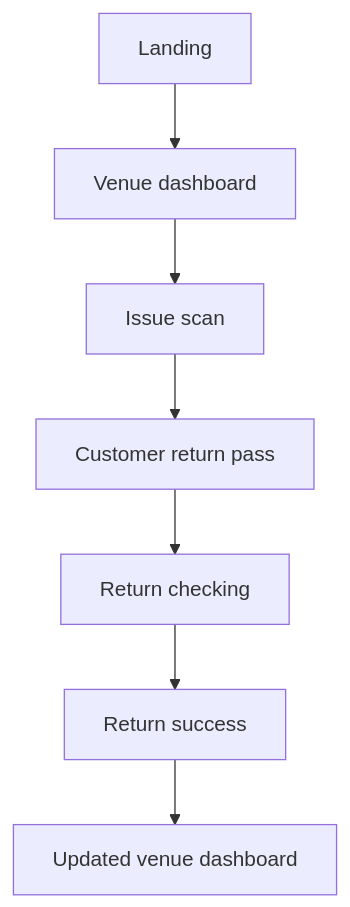
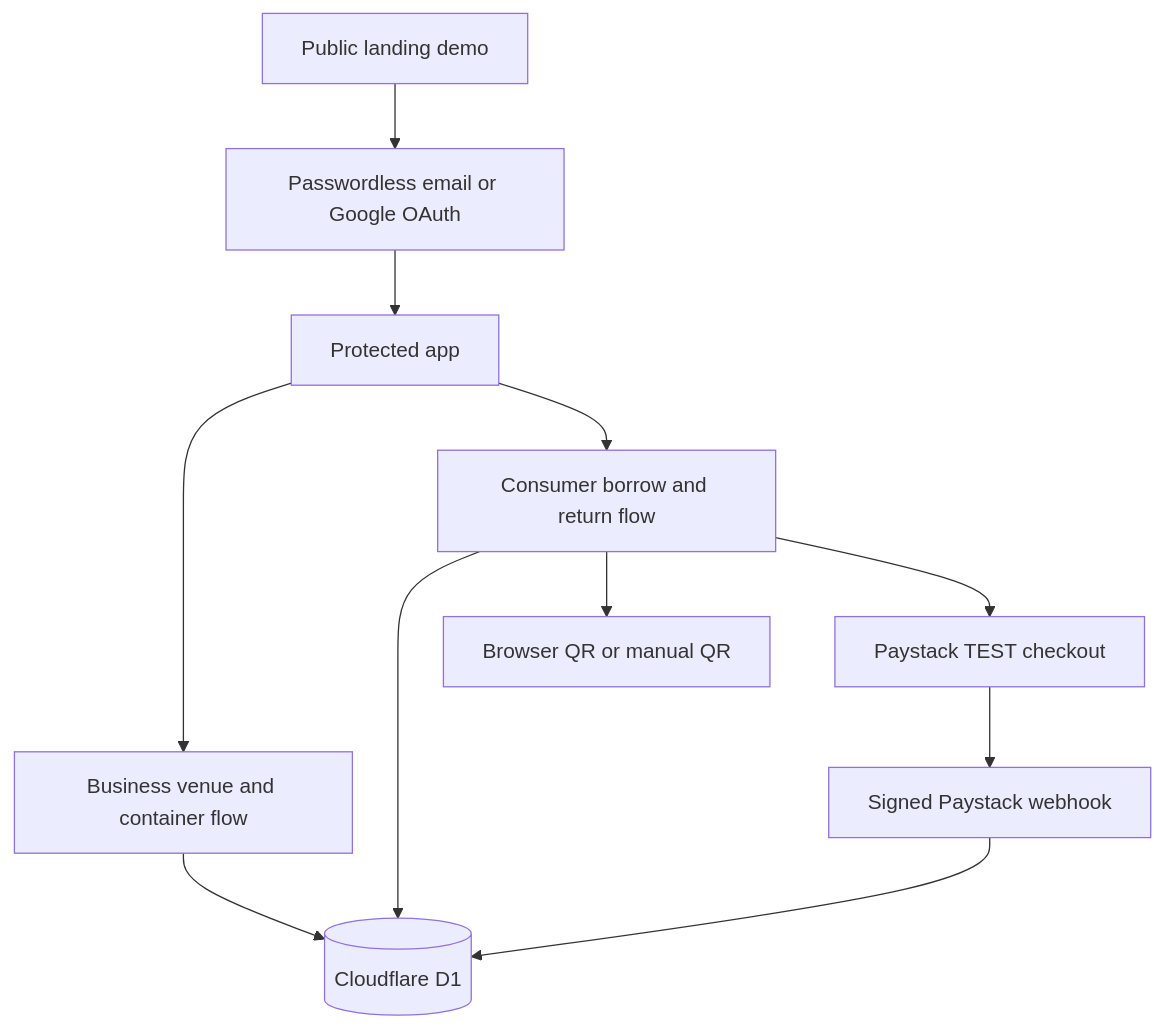
Before and after one commit to solutionkanu12/retray: the diagram in docs/ARCHITECTURE.md, drawn with Mermaid. The commit also changed other lines of this file and 11 other files, not shown here.

````diff
--- a/docs/ARCHITECTURE.md
+++ b/docs/ARCHITECTURE.md
@@ -7,9 +7,13 @@
 ```mermaid
 flowchart TD
-  L[Landing] --> D[Venue dashboard]
-  D --> I[Issue scan]
-  I --> P[Customer return pass]
-  P --> C[Return checking]
-  C --> S[Return success]
-  S --> U[Updated venue dashboard]
+  L[Public landing demo] --> A[Passwordless email or Google OAuth]
+  A --> P[Protected app]
+  P --> B[Business venue and container flow]
+  P --> C[Consumer borrow and return flow]
+  B --> D1[(Cloudflare D1)]
+  C --> D1
+  C --> Q[Browser QR or manual QR]
+  C --> T[Paystack TEST checkout]
+  T --> W[Signed Paystack webhook]
+  W --> D1
 ```
````
